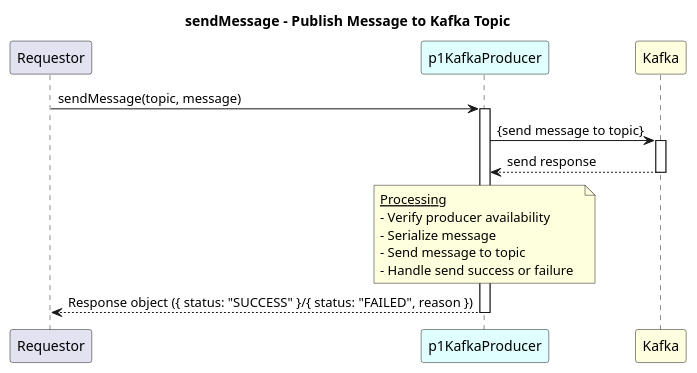
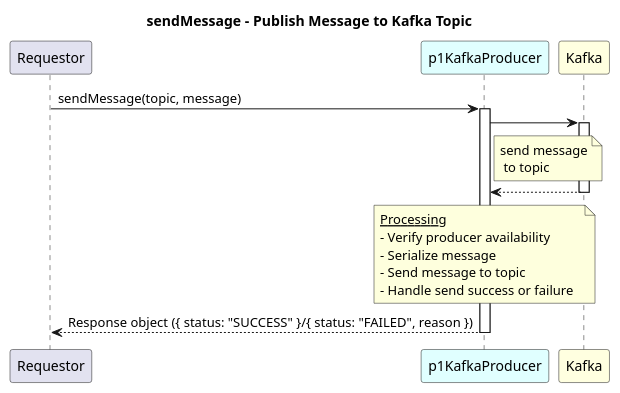
The diagram in spec/genericFunctions/applicationPattern/KafkaProducerService/diagrams/sendMessage.plantuml (openBackhaul/ApplicationPattern), drawn with PlantUML before and after one commit. The commit also changed 17 other files, not shown here.

Commit message:
minor updates in diagrams

```diff
--- a/spec/genericFunctions/applicationPattern/KafkaProducerService/diagrams/sendMessage.plantuml
+++ b/spec/genericFunctions/applicationPattern/KafkaProducerService/diagrams/sendMessage.plantuml
@@ -1,32 +1,36 @@
 @startuml sendMessage
 skinparam responseMessageBelowArrow true
 
 title
 sendMessage – Publish Message to Kafka Topic
 end title
 
 participant "Requestor" as requestor
 participant "p1KafkaProducer" as send #LightCyan
 participant "Kafka" as kafka #LightYellow
 
 requestor -> send: sendMessage(topic, message)
 activate send
 
-send -> kafka: {send message to topic}
+send -> kafka
+note right of send 
+send message
+ to topic
+end note
 activate kafka
 
-kafka --> send: send response
+kafka --> send
 deactivate kafka
 
 note over send
   <u>Processing</u>
   - Verify producer availability  
   - Serialize message  
   - Send message to topic  
   - Handle send success or failure  
 end note
 
 send --> requestor: Response object ({ status: "SUCCESS" }/{ status: "FAILED", reason })
 deactivate send
 
 @enduml
```
